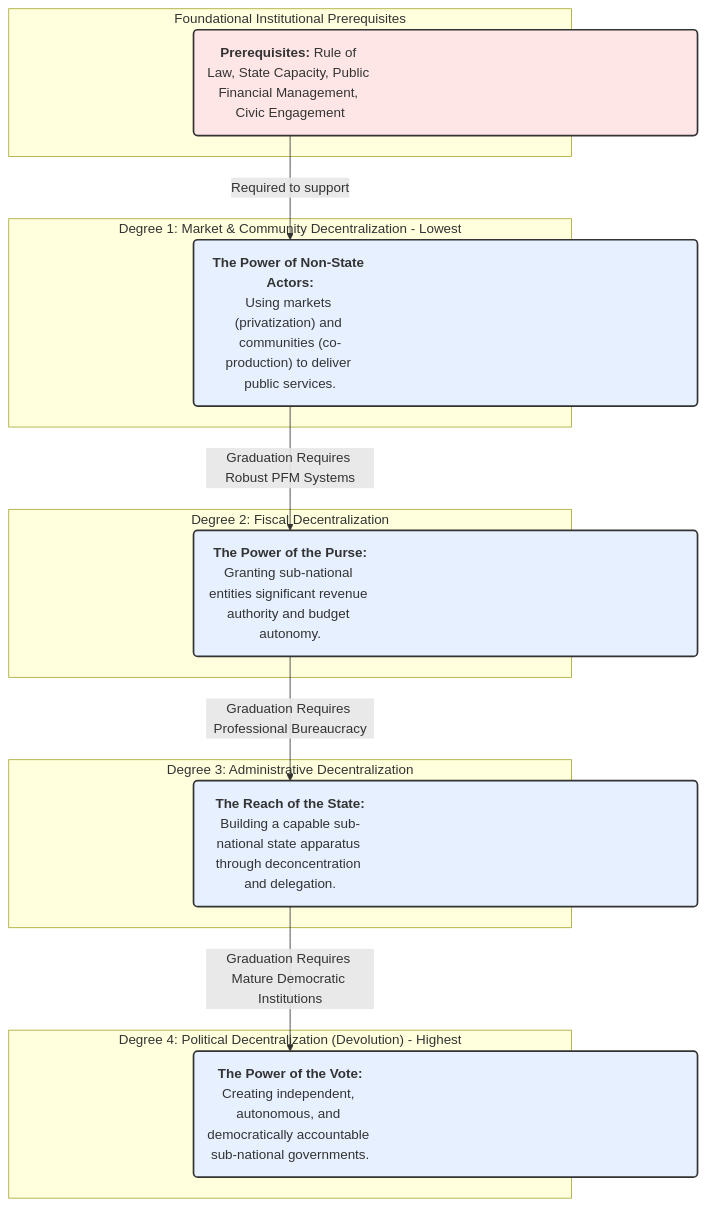
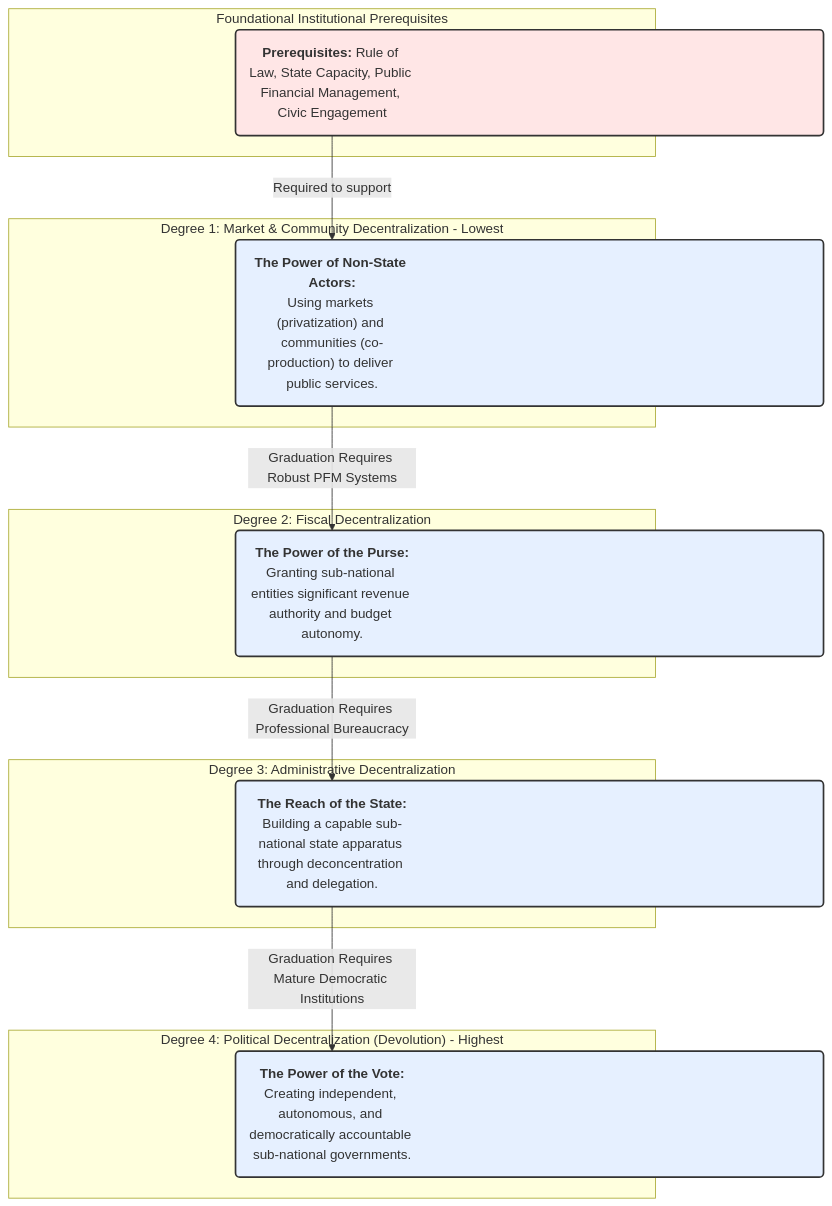
One commit to Aboutorabi/2.1.md changed the diagram in 2.1.md. Above: the diagram before and after it, drawn with Mermaid.

````diff
--- a/2.1.md
+++ b/2.1.md
@@ -1,32 +1,32 @@
 ```mermaid
 %%{init: {'themeCSS': '.label foreignObject span { white-space: nowrap; text-align: center; }'}}%%
 graph TD
     subgraph "Degree 4: Political Decentralization (Devolution) - Highest"
         D4("<b>The Power of the Vote:</b><br>Creating independent, autonomous, and democratically accountable sub-national governments.")
     end
     subgraph "Degree 3: Administrative Decentralization"
         D3("<b>The Reach of the State:</b><br>Building a capable sub-national state apparatus through deconcentration and delegation.")
     end
     subgraph "Degree 2: Fiscal Decentralization"
         D2("<b>The Power of the Purse:</b><br>Granting sub-national entities significant revenue authority and budget autonomy.")
     end
     subgraph "Degree 1: Market & Community Decentralization - Lowest"
         D1("<b>The Power of Non-State Actors:</b><br>Using markets (privatization) and communities (co-production) to deliver public services.")
     end
     
     subgraph "Foundational Institutional Prerequisites"
         F("<b>Prerequisites:</b> Rule of Law, State Capacity, Public Financial Management, Civic Engagement")
     end
 
     F -- "Required to support" --> D1
     D1 -- "Graduation Requires Robust PFM Systems" --> D2
     D2 -- "Graduation Requires Professional Bureaucracy" --> D3
     D3 -- "Graduation Requires Mature Democratic Institutions" --> D4
 
     %% Styling (uniform widths, centered)
-    style F  fill:#ffe6e6,stroke:#333,stroke-width:2px,width:600px
-    style D1 fill:#e6f0ff,stroke:#333,stroke-width:2px,width:600px
-    style D2 fill:#e6f0ff,stroke:#333,stroke-width:2px,width:600px
-    style D3 fill:#e6f0ff,stroke:#333,stroke-width:2px,width:600px
-    style D4 fill:#e6f0ff,stroke:#333,stroke-width:2px,width:600px
+    style F  fill:#ffe6e6,stroke:#333,stroke-width:2px,width:700px
+    style D1 fill:#e6f0ff,stroke:#333,stroke-width:2px,width:700px
+    style D2 fill:#e6f0ff,stroke:#333,stroke-width:2px,width:700px
+    style D3 fill:#e6f0ff,stroke:#333,stroke-width:2px,width:700px
+    style D4 fill:#e6f0ff,stroke:#333,stroke-width:2px,width:700px
 ```
````
